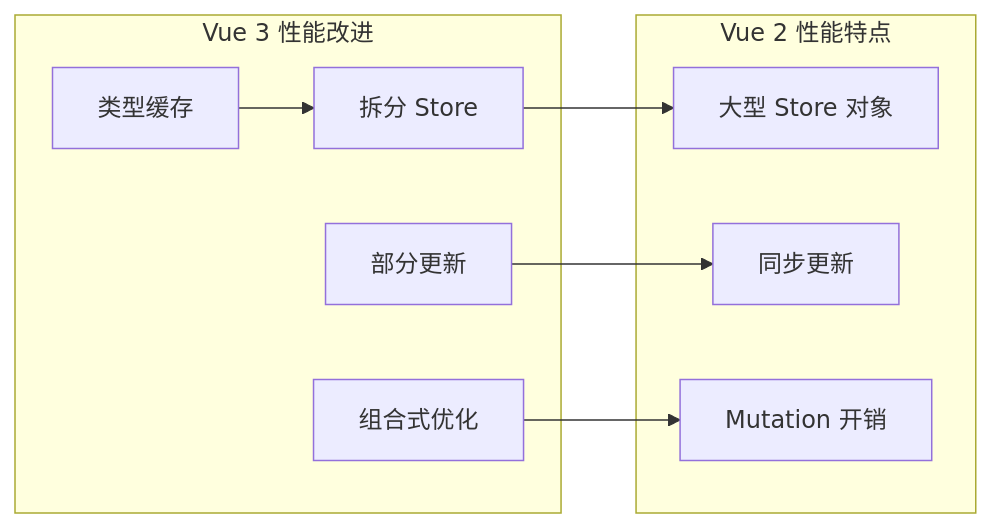
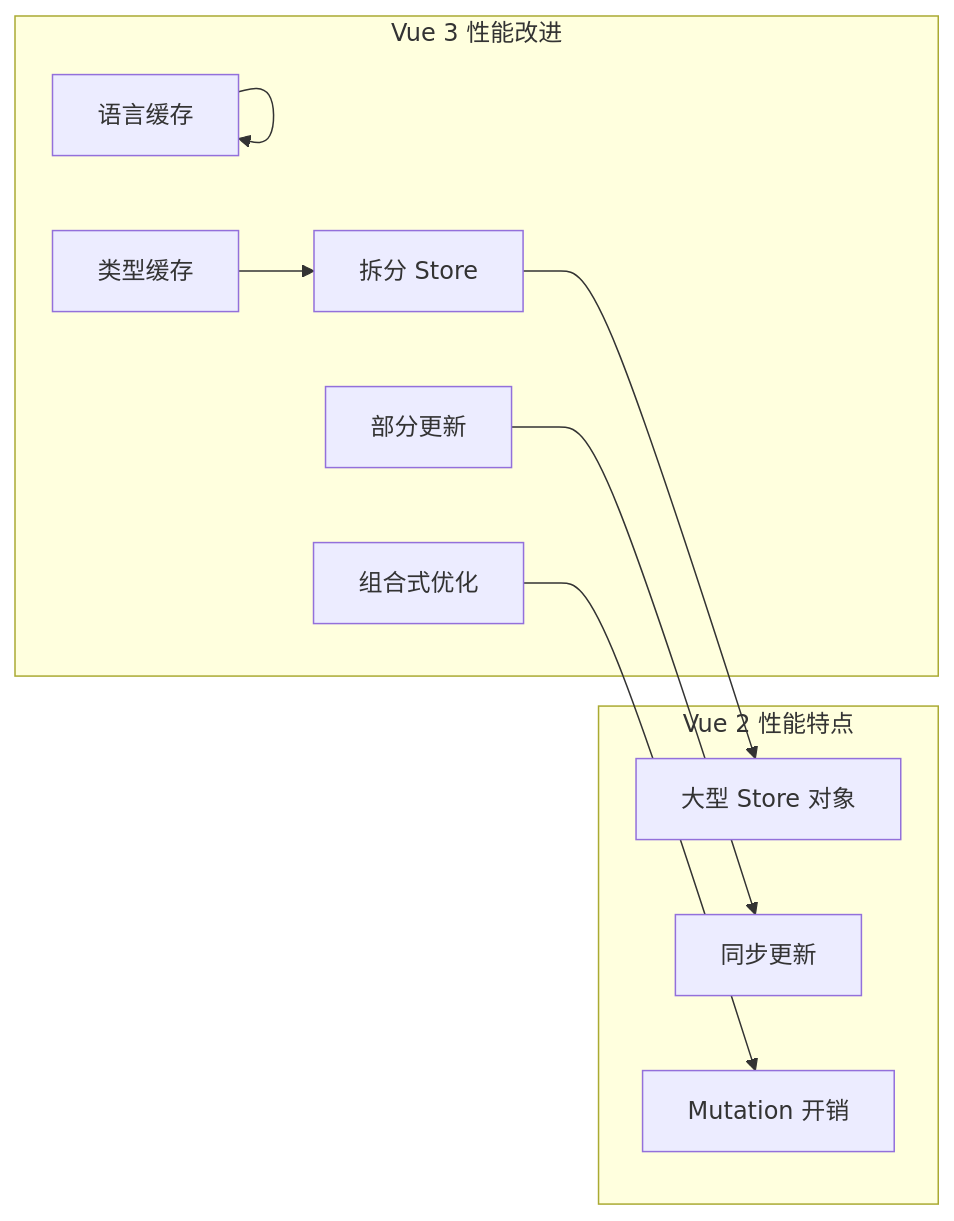
Before and after one commit to joezxh/QuantDinger: diagram 13 of 14 in .qoder/repowiki/zh/content/核心功能模块/Vue 3 前端重写.md, drawn with Mermaid. The commit also changed other lines of this file and 116 other files, not shown here.

````diff
--- a/.qoder/repowiki/zh/content/核心功能模块/Vue 3 前端重写.md
+++ b/.qoder/repowiki/zh/content/核心功能模块/Vue 3 前端重写.md
@@ -367,18 +503,20 @@
 ```mermaid
 graph LR
 subgraph "Vue 2 性能特点"
 V2_LargeStore[大型 Store 对象]
 V2_SyncUpdates[同步更新]
 V2_MutationOverhead[Mutation 开销]
 end
 subgraph "Vue 3 性能改进"
 V3_SplitStores[拆分 Store]
 V3_PartialUpdates[部分更新]
 V3_ComposableOpt[组合式优化]
 V3_TypeCache[类型缓存]
+V3_LocaleCache[语言缓存]
 end
 V3_SplitStores --> V2_LargeStore
 V3_PartialUpdates --> V2_SyncUpdates
 V3_ComposableOpt --> V2_MutationOverhead
 V3_TypeCache --> V3_SplitStores
+V3_LocaleCache --> V3_LocaleCache
 ```
````
